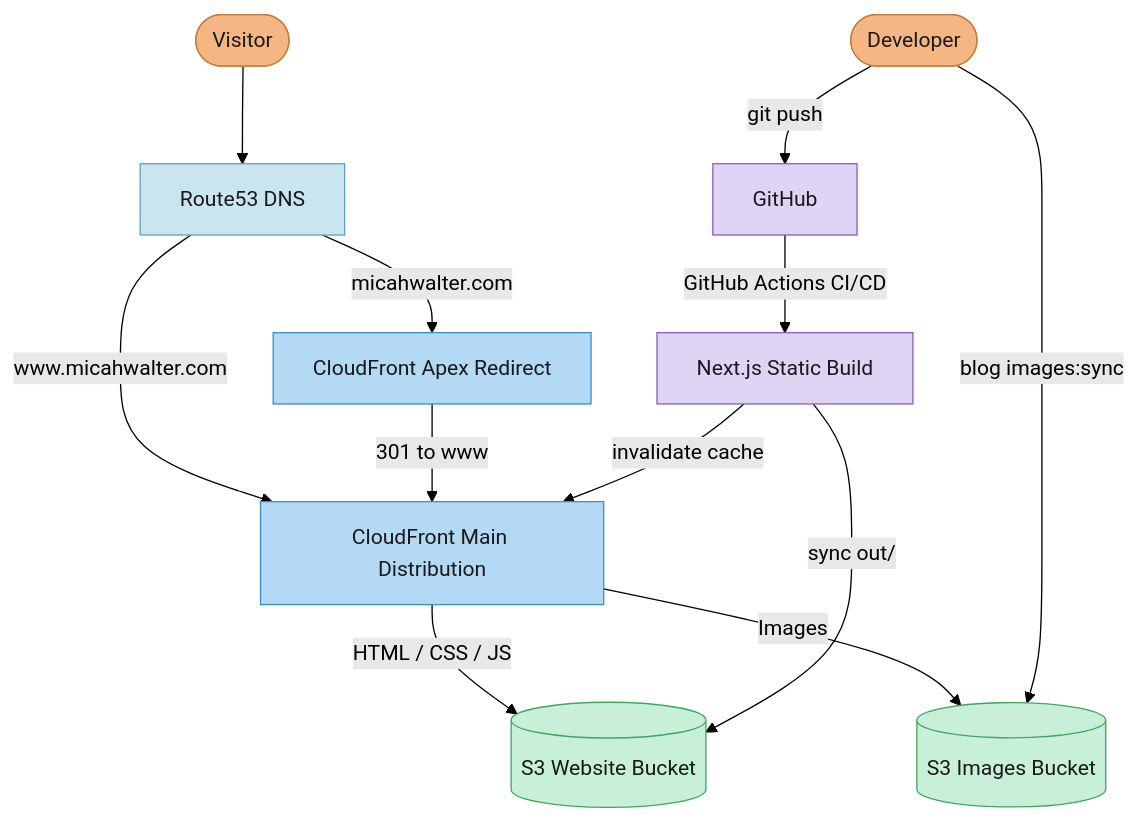
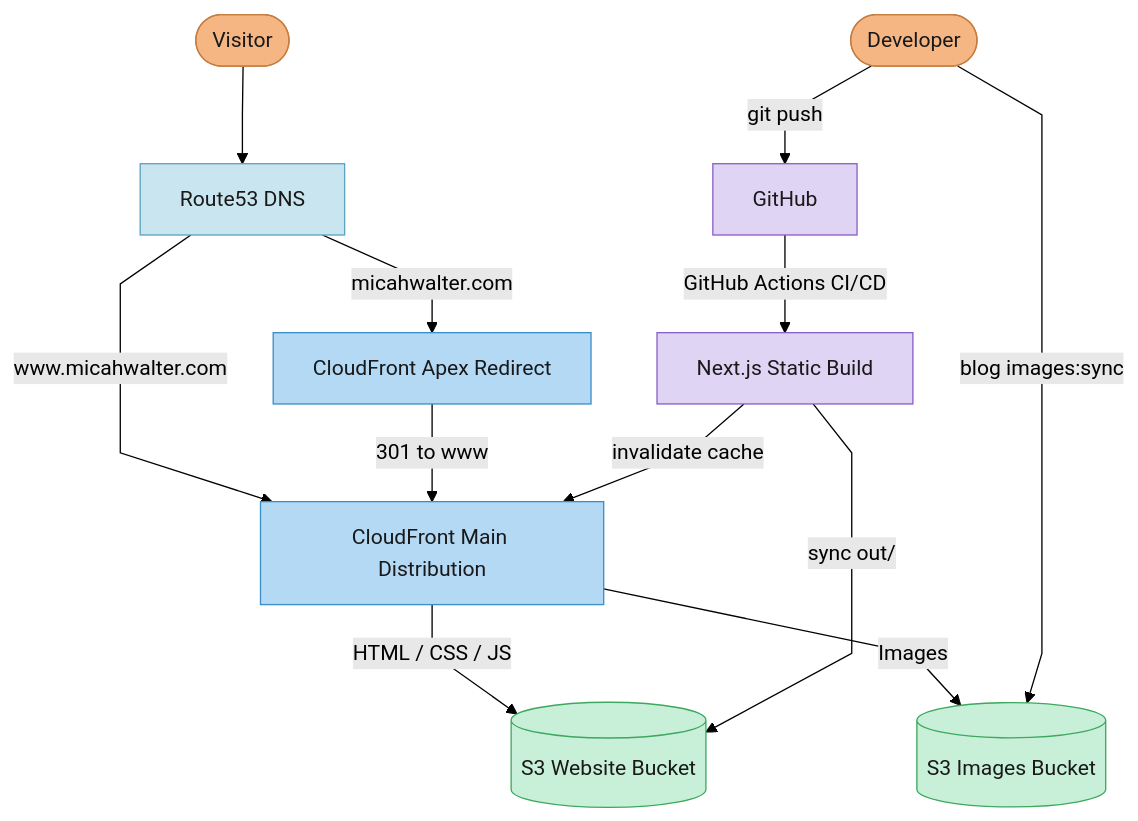
The diagram in README.md (micahwalter/micahwalter-www), drawn with Mermaid (forest theme) before and after one commit.

Commit message:
Use linear (orthogonal) connector lines in architecture diagram

````diff
--- a/README.md
+++ b/README.md
@@ -7,29 +7,30 @@
 ```mermaid
+%%{init: {"flowchart": {"curve": "linear"}} }%%
 flowchart TD
     Visitor([Visitor]) --> R53[Route53 DNS]
 
     R53 -->|www.micahwalter.com| CFMain[CloudFront Main Distribution]
     R53 -->|micahwalter.com| CFApex[CloudFront Apex Redirect]
     CFApex -->|301 to www| CFMain
 
     CFMain -->|HTML / CSS / JS| S3Web[(S3 Website Bucket)]
     CFMain -->|Images| S3Img[(S3 Images Bucket)]
 
     Dev([Developer]) -->|git push| GH[GitHub]
     Dev -->|blog images:sync| S3Img
     GH -->|GitHub Actions CI/CD| Build[Next.js Static Build]
     Build -->|sync out/| S3Web
     Build -->|invalidate cache| CFMain
 
     classDef people fill:#F5B684,stroke:#c47d3e,color:#191919
     classDef dns fill:#c9e6f0,stroke:#5ba3be,color:#191919
     classDef cdn fill:#b3d9f5,stroke:#3a8fc7,color:#191919
     classDef storage fill:#c8f0d8,stroke:#3da85e,color:#191919
     classDef cicd fill:#e0d4f5,stroke:#8a5ec7,color:#191919
 
     class Visitor,Dev people
     class R53 dns
     class CFMain,CFApex cdn
     class S3Web,S3Img storage
     class GH,Build cicd
 ```
````
